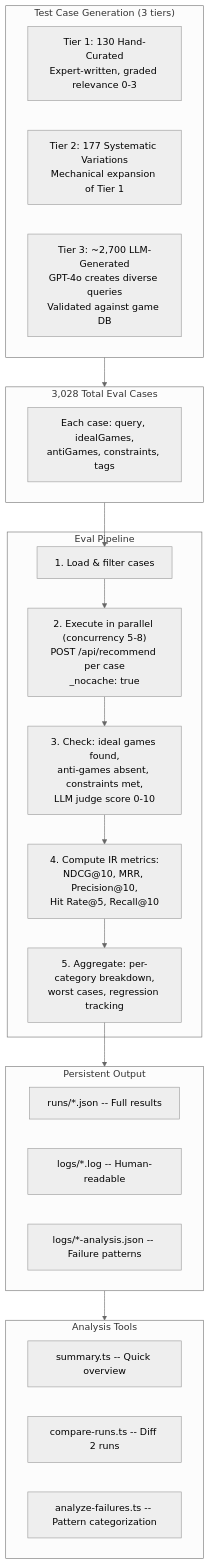
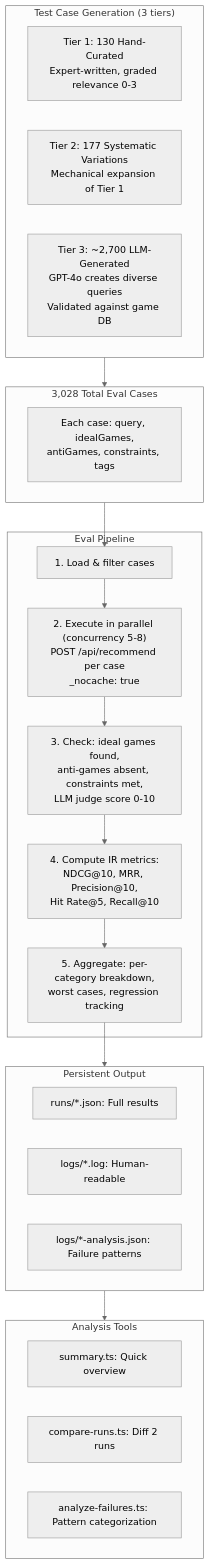
One commit to stopitdan/recommendagame changed the eighth of 11 diagrams in docs/HACKMD-REVIEW.md. Above: the diagram before and after it, drawn with Mermaid (neutral theme). The commit also changed other lines of this file and 2 other files, not shown here.

Commit message:
Fix remaining mermaid issues: arrows and double-dashes in node text
HackMD treats -> and -- inside mermaid node strings as markdown syntax.
Replaced all -> with 'to' and -- with ':' in node labels across all 3 docs.

````diff
--- a/docs/HACKMD-REVIEW.md
+++ b/docs/HACKMD-REVIEW.md
@@ -463,35 +463,35 @@
 ```mermaid
 graph TB
     subgraph Generation["Test Case Generation (3 tiers)"]
         HAND["Tier 1: 130 Hand-Curated<br/>Expert-written, graded relevance 0-3"]
         EXPAND["Tier 2: 177 Systematic Variations<br/>Mechanical expansion of Tier 1"]
         LLM_GEN["Tier 3: ~2,700 LLM-Generated<br/>GPT-4o creates diverse queries<br/>Validated against game DB"]
     end
 
     subgraph Cases["3,028 Total Eval Cases"]
         STRUCT["Each case: query, idealGames,<br/>antiGames, constraints, tags"]
     end
 
     subgraph Pipeline["Eval Pipeline"]
         LOAD["1. Load & filter cases"]
         EXEC["2. Execute in parallel (concurrency 5-8)<br/>POST /api/recommend per case<br/>_nocache: true"]
         CHECK["3. Check: ideal games found,<br/>anti-games absent, constraints met,<br/>LLM judge score 0-10"]
         IR["4. Compute IR metrics:<br/>NDCG@10, MRR, Precision@10,<br/>Hit Rate@5, Recall@10"]
         AGG["5. Aggregate: per-category breakdown,<br/>worst cases, regression tracking"]
     end
 
     subgraph Output["Persistent Output"]
-        JSON["runs/*.json -- Full results"]
-        LOG["logs/*.log -- Human-readable"]
-        ANALYSIS["logs/*-analysis.json -- Failure patterns"]
+        JSON["runs/*.json: Full results"]
+        LOG["logs/*.log: Human-readable"]
+        ANALYSIS["logs/*-analysis.json: Failure patterns"]
     end
 
     subgraph Tools["Analysis Tools"]
-        SUMMARY["summary.ts -- Quick overview"]
-        COMPARE["compare-runs.ts -- Diff 2 runs"]
-        FAIL["analyze-failures.ts -- Pattern categorization"]
+        SUMMARY["summary.ts: Quick overview"]
+        COMPARE["compare-runs.ts: Diff 2 runs"]
+        FAIL["analyze-failures.ts: Pattern categorization"]
     end
 
     Generation --> Cases --> LOAD --> EXEC --> CHECK --> IR --> AGG --> Output
     Output --> Tools
 ```
````
